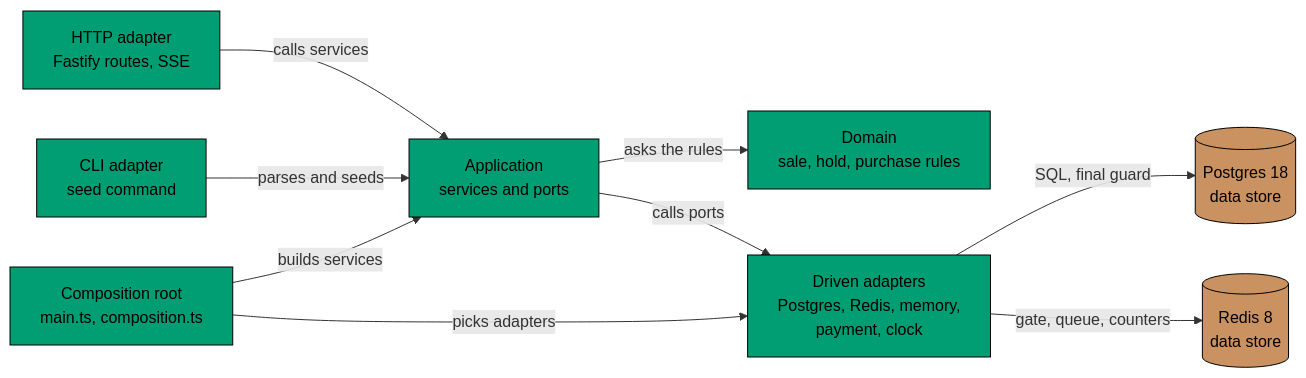
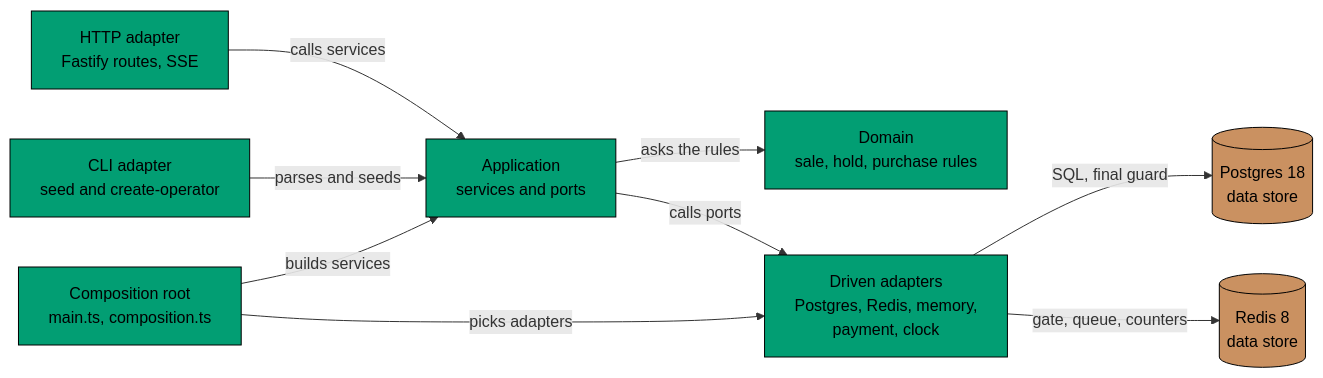
One commit to wahidyankf/coding-itv-js-flashsale changed the diagram in specs/apps/flash/c4/components.md. Above: the diagram before and after it, drawn with Mermaid. The commit also changed other lines of this file and 20 other files, not shown here.

````diff
--- a/specs/apps/flash/c4/components.md
+++ b/specs/apps/flash/c4/components.md
@@ -7,26 +7,26 @@
 ```mermaid
 flowchart LR
   accTitle: flash-be components
   accDescr: The HTTP and command line adapters call the application services. The services use the domain model and call the ports. The Postgres, Redis, memory, payment and clock adapters implement the ports. The composition root chooses which adapter sits behind each port.
   http["HTTP adapter<br/>Fastify routes, SSE"]
-  cli["CLI adapter<br/>seed command"]
+  cli["CLI adapter<br/>seed and create-operator"]
   app["Application<br/>services and ports"]
   domain["Domain<br/>sale, hold, purchase rules"]
   driven["Driven adapters<br/>Postgres, Redis, memory,<br/>payment, clock"]
   root["Composition root<br/>main.ts, composition.ts"]
   pg[("Postgres 18<br/>data store")]
   redis[("Redis 8<br/>data store")]
   http -->|calls services| app
   cli -->|parses and seeds| app
   app -->|asks the rules| domain
   app -->|calls ports| driven
   driven -->|SQL, final guard| pg
   driven -->|gate, queue, counters| redis
   root -->|picks adapters| driven
   root -->|builds services| app
   classDef component fill:#029E73,stroke:#000000,color:#000000
   classDef store fill:#CA9161,stroke:#000000,color:#000000
   classDef default fill:#808080,stroke:#000000,color:#000000
   class http,cli,app,domain,driven,root component
   class pg,redis store
 ```
````
